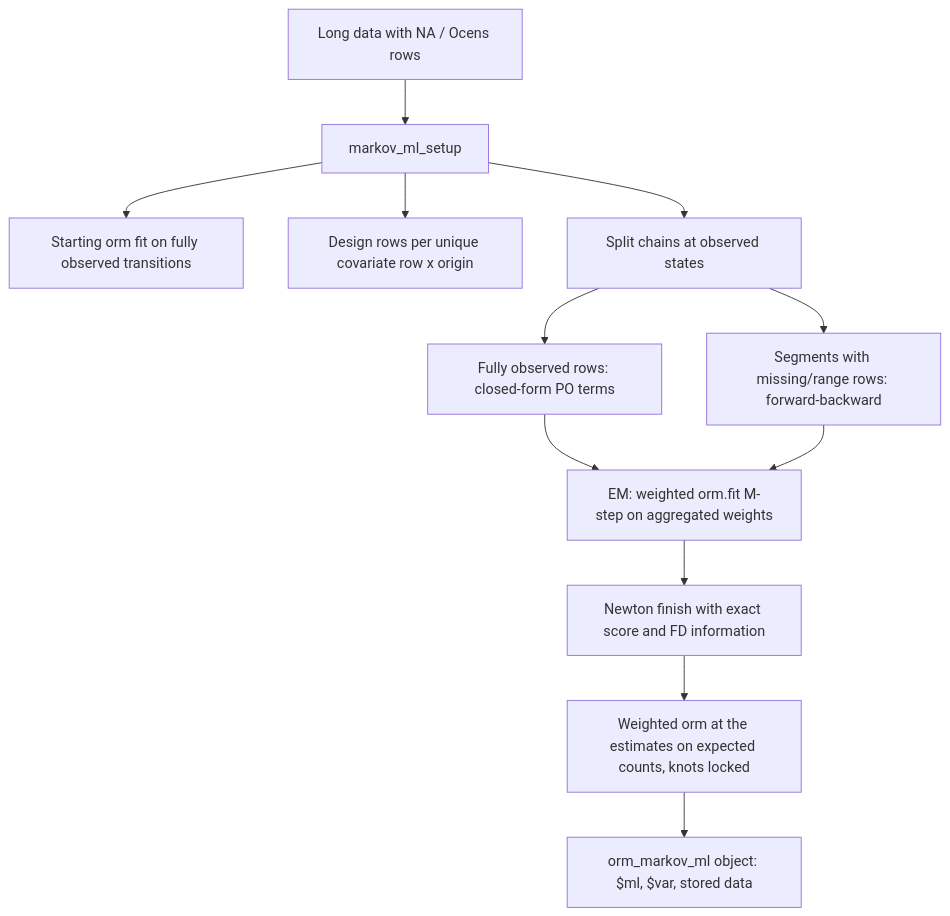
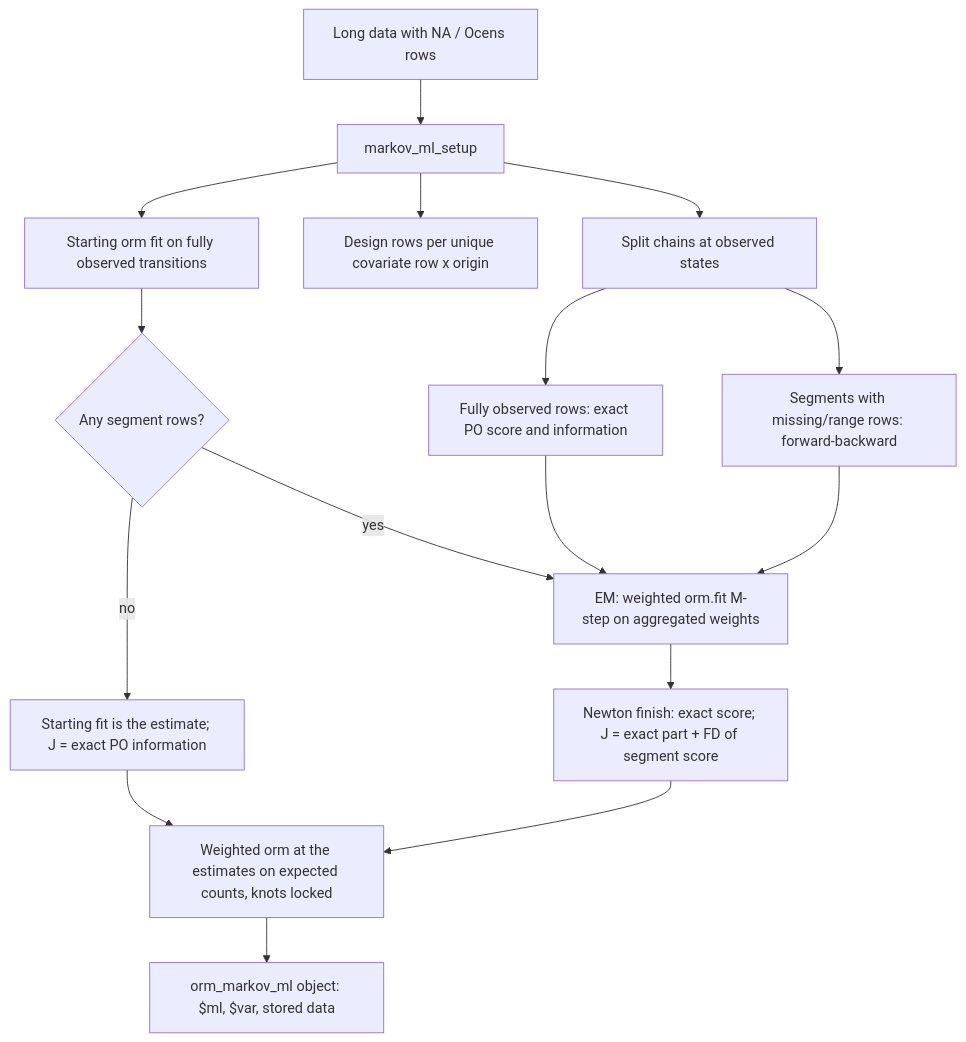
Before and after one commit to scjohannes/mostr: the second of 3 diagrams in ARCHITECTURE.md, drawn with Mermaid. The commit also changed other lines of this file and 7 other files, not shown here.

First line of the commit message:
// Fit orm_markov_ml() without missing states as fast as orm_markov()

````diff
--- a/ARCHITECTURE.md
+++ b/ARCHITECTURE.md
@@ -236,14 +237,18 @@
 ```mermaid
 flowchart TD
     A[Long data with NA / Ocens rows] --> B[markov_ml_setup]
     B --> C[Starting orm fit on fully observed transitions]
     B --> D[Design rows per unique covariate row x origin]
     B --> E[Split chains at observed states]
-    E --> F[Fully observed rows: closed-form PO terms]
+    E --> F[Fully observed rows: exact PO score and information]
     E --> G[Segments with missing/range rows: forward-backward]
-    F --> H[EM: weighted orm.fit M-step on aggregated weights]
+    C --> L{Any segment rows?}
+    L -- no --> M[Starting fit is the estimate; J = exact PO information]
+    L -- yes --> H[EM: weighted orm.fit M-step on aggregated weights]
+    F --> H
     G --> H
-    H --> I[Newton finish with exact score and FD information]
-    I --> J[Weighted orm at the estimates on expected counts, knots locked]
+    H --> I[Newton finish: exact score; J = exact part + FD of segment score]
+    M --> J[Weighted orm at the estimates on expected counts, knots locked]
+    I --> J
     J --> K[orm_markov_ml object: $ml, $var, stored data]
 ```
````
